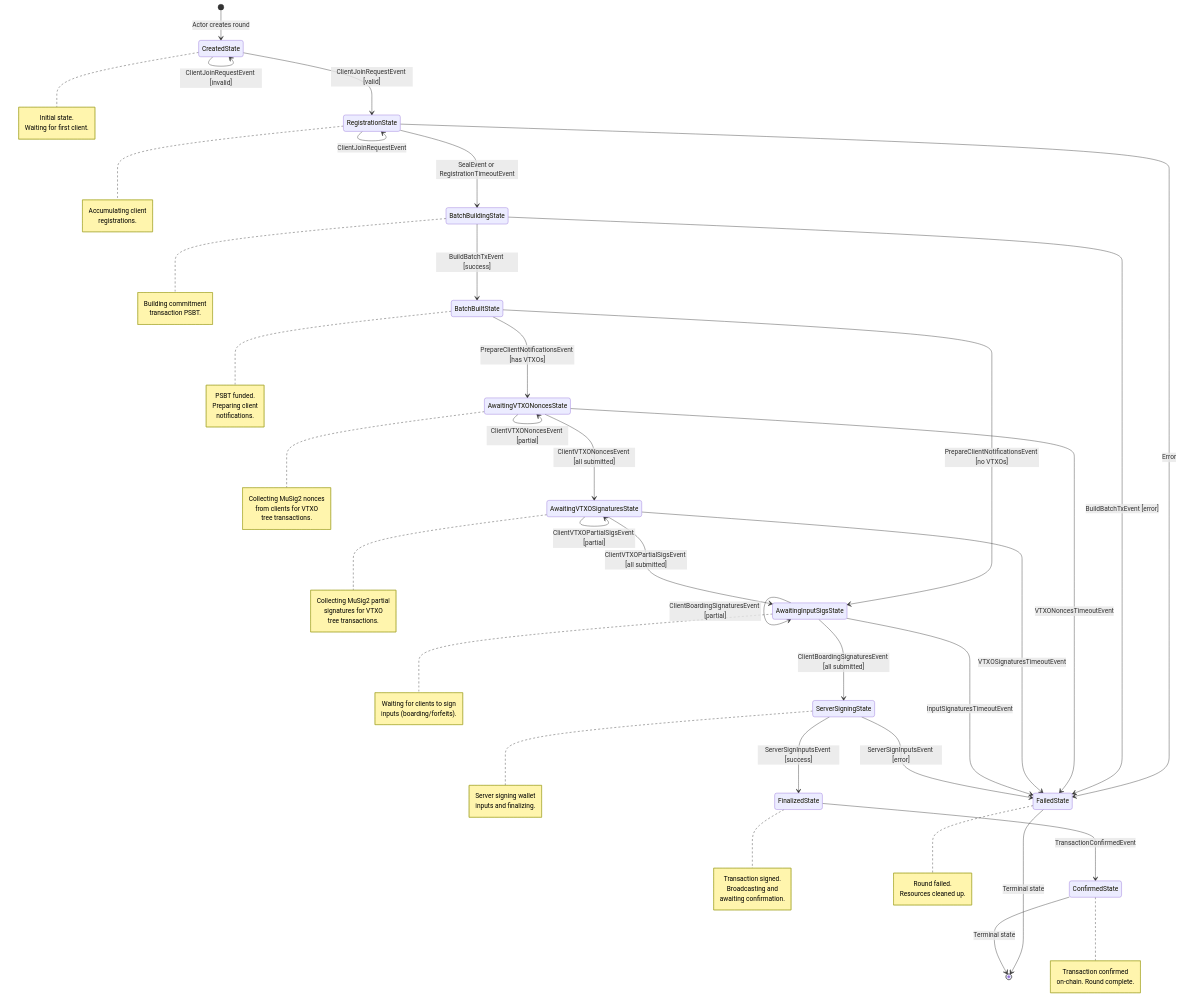
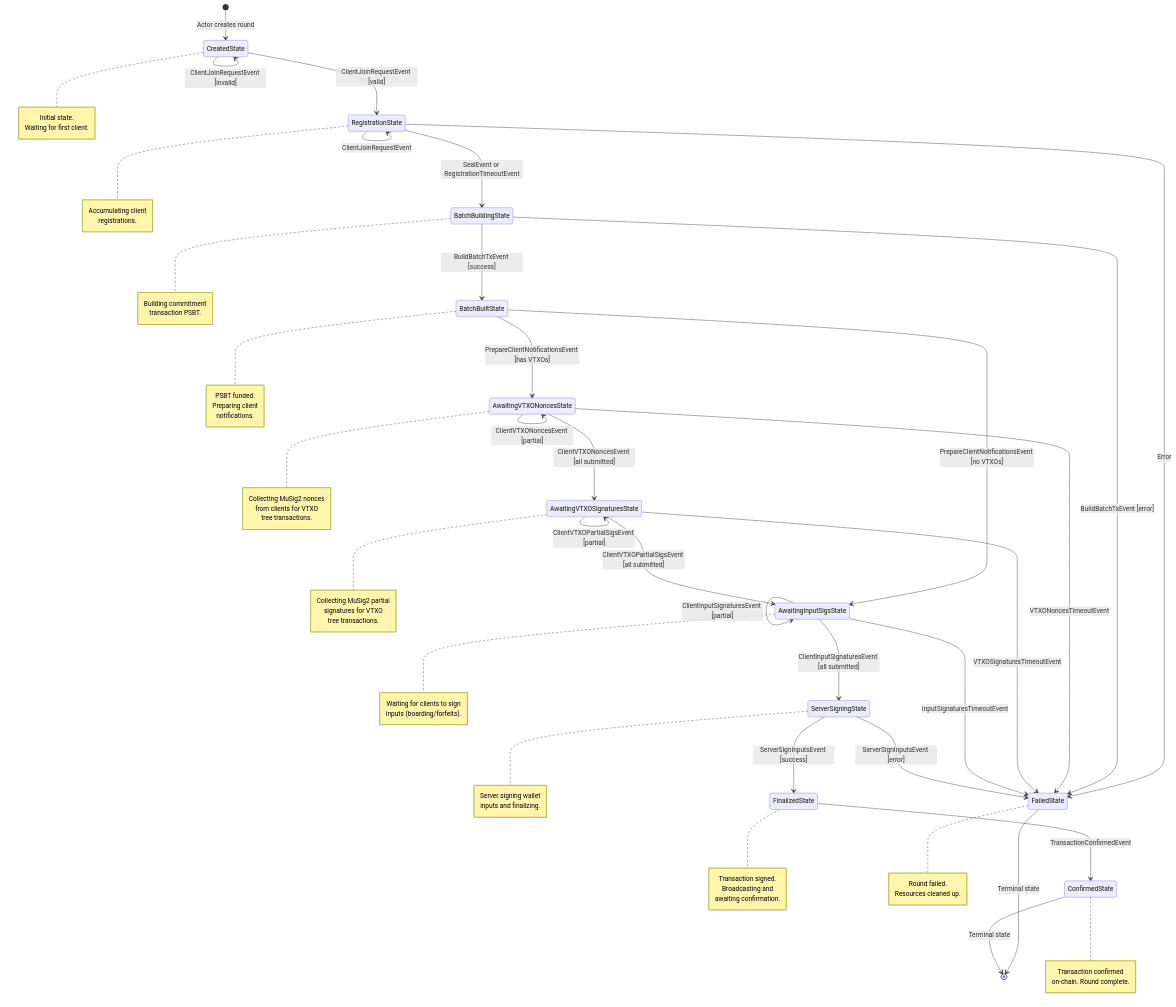
The diagram in rounds/README.md (lightninglabs/wavelength), drawn with Mermaid before and after one commit. The commit also changed other lines of this file and 8 other files, not shown here.

First line of the commit message:
rounds: integrate forfeit tx submission into input signatures flow

```diff
--- a/rounds/README.md
+++ b/rounds/README.md
@@ -37,8 +37,8 @@
     AwaitingVTXOSignaturesState --> AwaitingInputSigsState: ClientVTXOPartialSigsEvent [all submitted]
     AwaitingVTXOSignaturesState --> FailedState: VTXOSignaturesTimeoutEvent
 
-    AwaitingInputSigsState --> AwaitingInputSigsState: ClientBoardingSignaturesEvent [partial]
-    AwaitingInputSigsState --> ServerSigningState: ClientBoardingSignaturesEvent [all submitted]
+    AwaitingInputSigsState --> AwaitingInputSigsState: ClientInputSignaturesEvent [partial]
+    AwaitingInputSigsState --> ServerSigningState: ClientInputSignaturesEvent [all submitted]
     AwaitingInputSigsState --> FailedState: InputSignaturesTimeoutEvent
 
     ServerSigningState --> FinalizedState: ServerSignInputsEvent [success]
```
